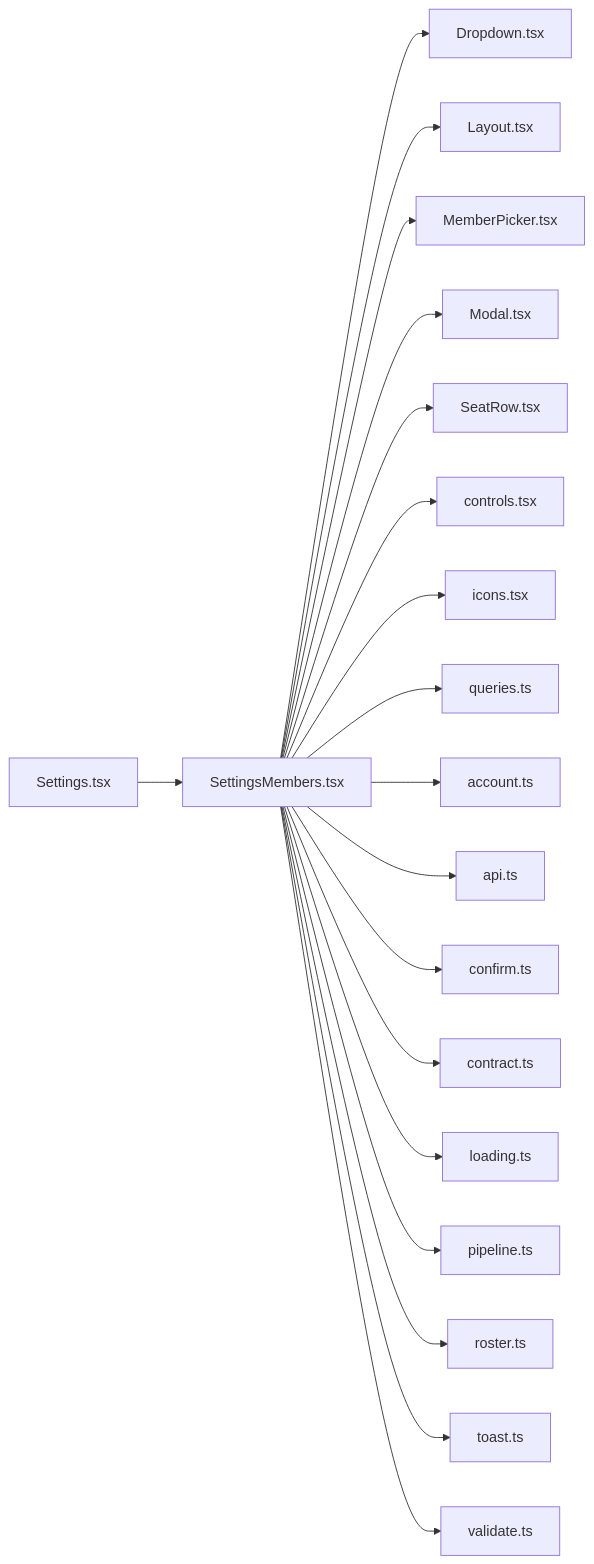
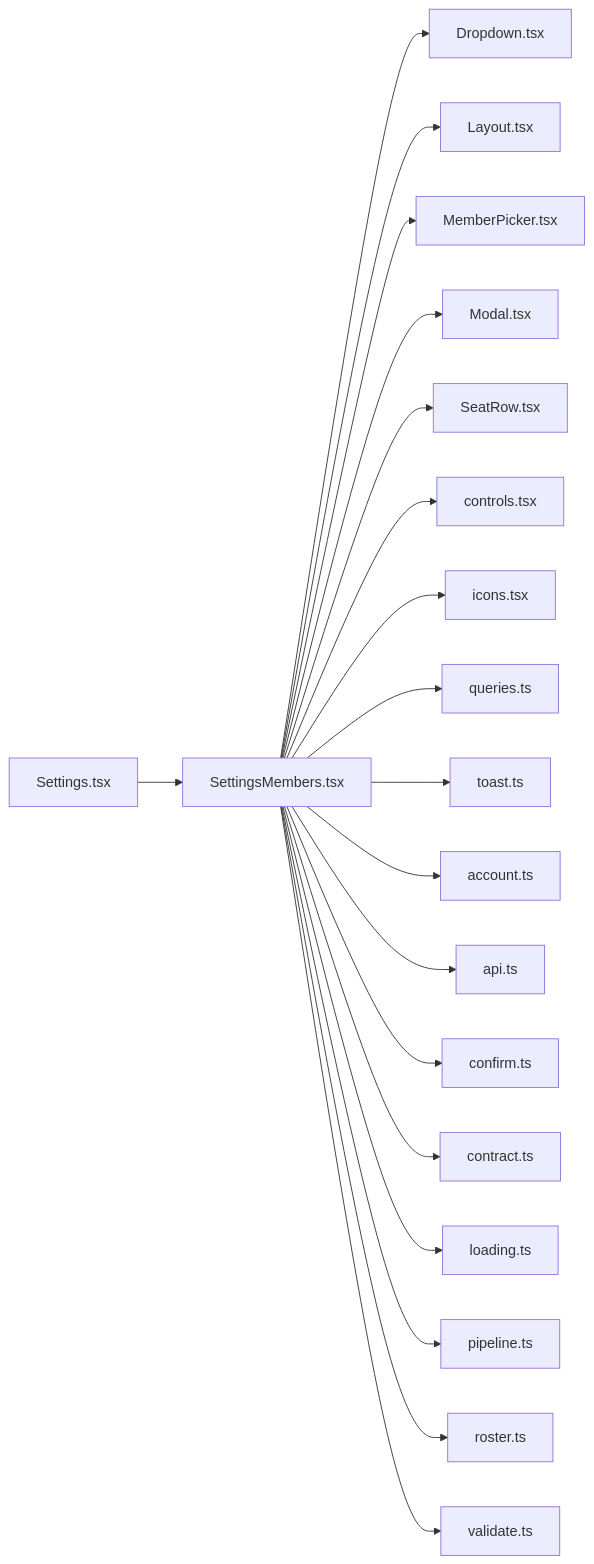
Before and after one commit to minkong-dev/Banblit: the diagram in .cluedoc/graph/frontend/src/routes/SettingsMembers.md, drawn with Mermaid. The commit also changed other lines of this file and 47 other files, not shown here.

Commit message:
frontend: move toast into components

````diff
--- a/.cluedoc/graph/frontend/src/routes/SettingsMembers.md
+++ b/.cluedoc/graph/frontend/src/routes/SettingsMembers.md
@@ -10,22 +10,22 @@
 ```mermaid
 flowchart LR
   frontend_src_routes_SettingsMembers["SettingsMembers.tsx"]
   frontend_src_routes_SettingsMembers --> frontend_src_components_Dropdown["Dropdown.tsx"]
   frontend_src_routes_SettingsMembers --> frontend_src_components_Layout["Layout.tsx"]
   frontend_src_routes_SettingsMembers --> frontend_src_components_MemberPicker["MemberPicker.tsx"]
   frontend_src_routes_SettingsMembers --> frontend_src_components_Modal["Modal.tsx"]
   frontend_src_routes_SettingsMembers --> frontend_src_components_SeatRow["SeatRow.tsx"]
   frontend_src_routes_SettingsMembers --> frontend_src_components_controls["controls.tsx"]
   frontend_src_routes_SettingsMembers --> frontend_src_components_icons["icons.tsx"]
   frontend_src_routes_SettingsMembers --> frontend_src_components_queries["queries.ts"]
+  frontend_src_routes_SettingsMembers --> frontend_src_components_toast["toast.ts"]
   frontend_src_routes_SettingsMembers --> frontend_src_lib_account["account.ts"]
   frontend_src_routes_SettingsMembers --> frontend_src_lib_api["api.ts"]
   frontend_src_routes_SettingsMembers --> frontend_src_lib_confirm["confirm.ts"]
   frontend_src_routes_SettingsMembers --> frontend_src_lib_contract["contract.ts"]
   frontend_src_routes_SettingsMembers --> frontend_src_lib_loading["loading.ts"]
   frontend_src_routes_SettingsMembers --> frontend_src_lib_pipeline["pipeline.ts"]
   frontend_src_routes_SettingsMembers --> frontend_src_lib_roster["roster.ts"]
-  frontend_src_routes_SettingsMembers --> frontend_src_lib_toast["toast.ts"]
   frontend_src_routes_SettingsMembers --> frontend_src_lib_validate["validate.ts"]
   frontend_src_routes_Settings["Settings.tsx"] --> frontend_src_routes_SettingsMembers
 ```
````
